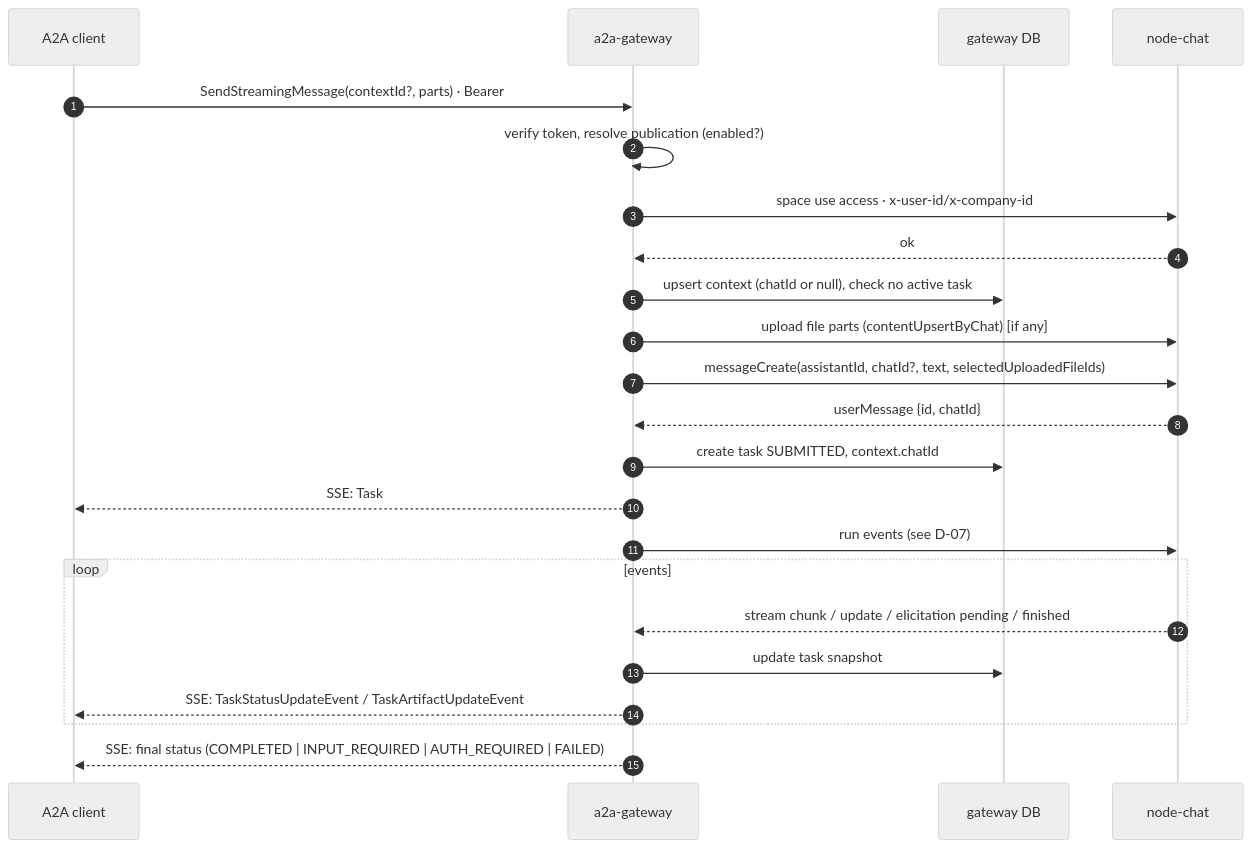
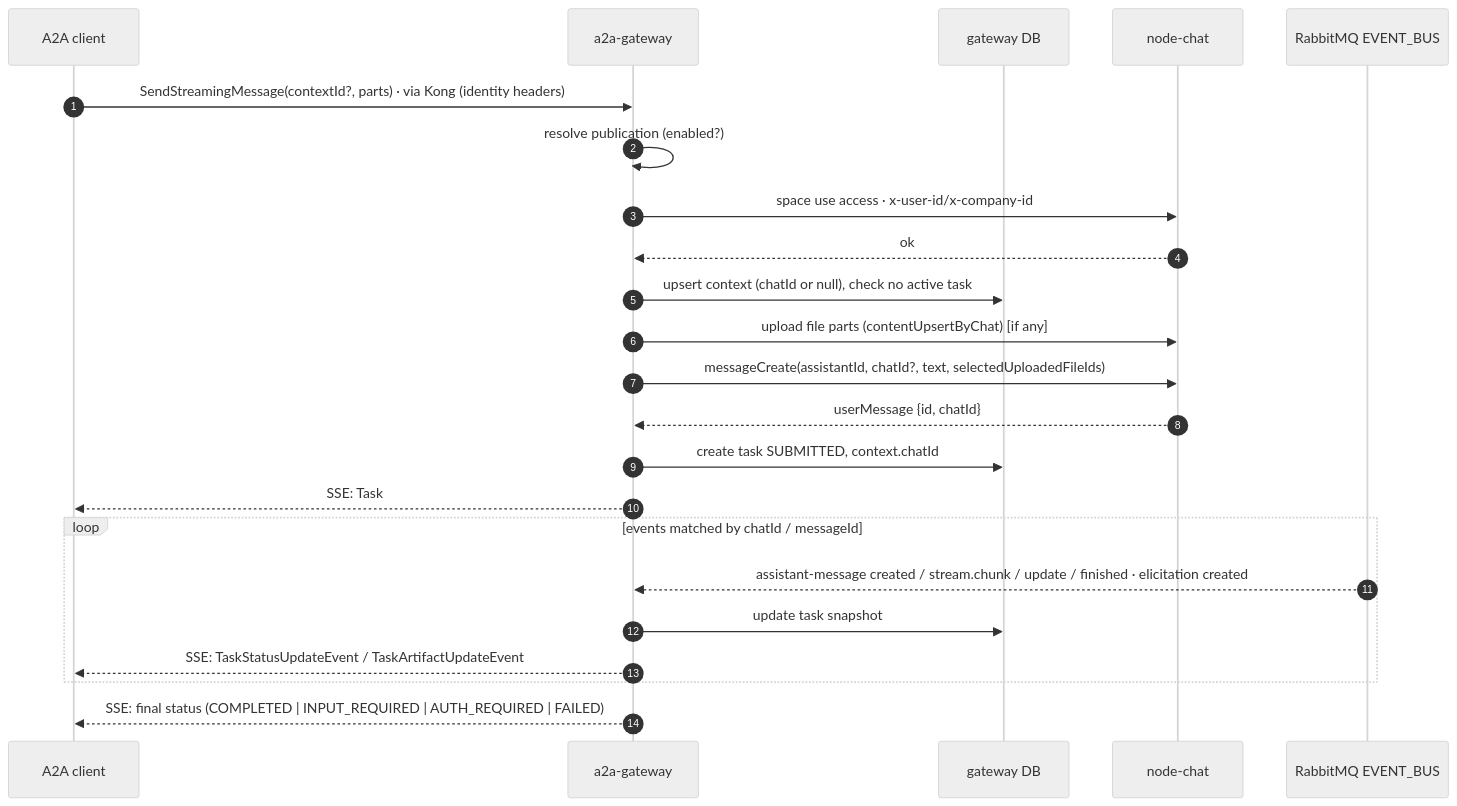
The first of 3 diagrams in services/a2a-gateway/docs/flows.md (Unique-AG/connectors), drawn with Mermaid before and after one commit. The commit also changed other lines of this file and 7 other files, not shown here.

Commit message:
docs(a2a-gateway): apply review decisions (Kong-only auth, event bus, absurd, NestJS 12 ESM, typeid)

````diff
--- a/services/a2a-gateway/docs/flows.md
+++ b/services/a2a-gateway/docs/flows.md
@@ -5,27 +5,27 @@
 ```mermaid
 %%{init: {'theme': 'neutral'}}%%
 sequenceDiagram
     autonumber
     participant C as A2A client
     participant GW as a2a-gateway
     participant DB as gateway DB
     participant Chat as node-chat
+    participant MQ as RabbitMQ EVENT_BUS
 
-    C->>GW: SendStreamingMessage(contextId?, parts) · Bearer
-    GW->>GW: verify token, resolve publication (enabled?)
+    C->>GW: SendStreamingMessage(contextId?, parts) · via Kong (identity headers)
+    GW->>GW: resolve publication (enabled?)
     GW->>Chat: space use access · x-user-id/x-company-id
     Chat-->>GW: ok
     GW->>DB: upsert context (chatId or null), check no active task
     GW->>Chat: upload file parts (contentUpsertByChat) [if any]
     GW->>Chat: messageCreate(assistantId, chatId?, text, selectedUploadedFileIds)
     Chat-->>GW: userMessage {id, chatId}
     GW->>DB: create task SUBMITTED, context.chatId
     GW-->>C: SSE: Task
-    GW->>Chat: run events (see D-07)
-    loop events
-        Chat-->>GW: stream chunk / update / elicitation pending / finished
+    loop events matched by chatId / messageId
+        MQ-->>GW: assistant-message created / stream.chunk / update / finished · elicitation created
         GW->>DB: update task snapshot
         GW-->>C: SSE: TaskStatusUpdateEvent / TaskArtifactUpdateEvent
     end
     GW-->>C: SSE: final status (COMPLETED | INPUT_REQUIRED | AUTH_REQUIRED | FAILED)
 ```
````
